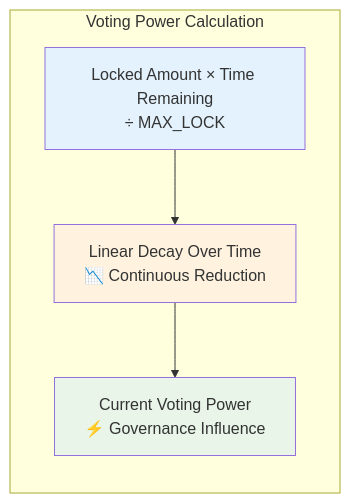
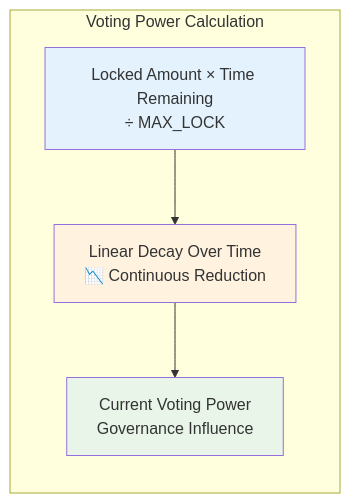
One commit to Elata-Biosciences/elata-protocol changed the sixth of 10 diagrams in README.md. Above: the diagram before and after it, drawn with Mermaid. The commit also changed other lines of this file and 21 other files, not shown here.

````diff
--- a/README.md
+++ b/README.md
@@ -628,14 +628,14 @@
 ```mermaid
 graph LR
     subgraph "Voting Power Calculation"
         INPUT[Locked Amount × Time Remaining<br/>÷ MAX_LOCK]
         DECAY[Linear Decay Over Time<br/>📉 Continuous Reduction]
-        OUTPUT[Current Voting Power<br/>⚡ Governance Influence]
+        OUTPUT[Current Voting Power<br/> Governance Influence]
     end
     
     INPUT --> DECAY --> OUTPUT
     
     style INPUT fill:#e3f2fd
     style DECAY fill:#fff3e0
     style OUTPUT fill:#e8f5e8
 ```
````
